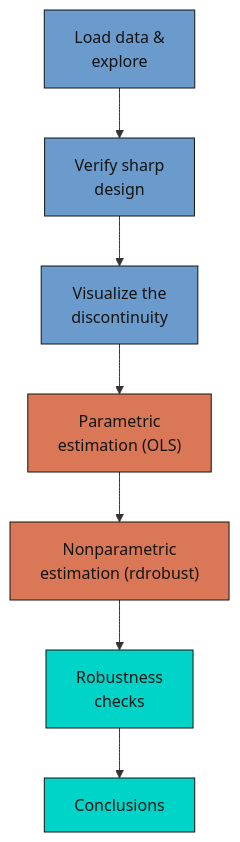
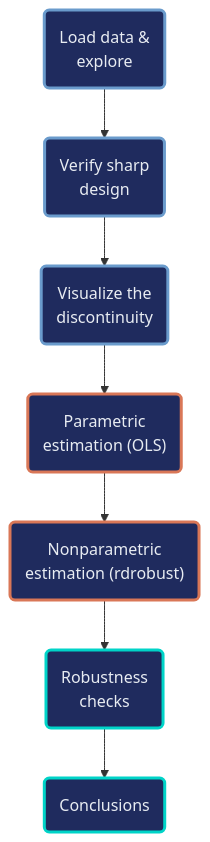
The second of 2 diagrams in content/post/stata_rd/index.md (cmg777/starter-academic-v501), drawn with Mermaid before and after one commit. The commit also changed other lines of this file and 10 other files, not shown here.

First line of the commit message:
content(mermaid): restyle flowcharts in Stata posts (batch 2 of 2) and the EM publication (EN/ES/JA); add log

````diff
--- a/content/post/stata_rd/index.md
+++ b/content/post/stata_rd/index.md
@@ -241,16 +243,15 @@
 ```mermaid
 graph TD
-    A["Load data &<br/>explore"] --> B["Verify sharp<br/>design"]
-    B --> C["Visualize the<br/>discontinuity"]
-    C --> D["Parametric<br/>estimation (OLS)"]
-    D --> E["Nonparametric<br/>estimation (rdrobust)"]
-    E --> F["Robustness<br/>checks"]
-    F --> G["Conclusions"]
-    style A fill:#6a9bcc,stroke:#141413,color:#141413
-    style B fill:#6a9bcc,stroke:#141413,color:#141413
-    style C fill:#6a9bcc,stroke:#141413,color:#141413
-    style D fill:#d97757,stroke:#141413,color:#141413
-    style E fill:#d97757,stroke:#141413,color:#141413
-    style F fill:#00d4c8,stroke:#141413,color:#141413
-    style G fill:#00d4c8,stroke:#141413,color:#141413
+    A("Load data &<br/>explore") --> B("Verify sharp<br/>design")
+    B --> C("Visualize the<br/>discontinuity")
+    C --> D("Parametric<br/>estimation (OLS)")
+    D --> E("Nonparametric<br/>estimation (rdrobust)")
+    E --> F("Robustness<br/>checks")
+    F --> G("Conclusions")
+    classDef blue fill:#1f2b5e,stroke:#6a9bcc,stroke-width:3px,color:#e8ecf2
+    classDef orange fill:#1f2b5e,stroke:#d97757,stroke-width:3px,color:#e8ecf2
+    classDef teal fill:#1f2b5e,stroke:#00d4c8,stroke-width:3px,color:#e8ecf2
+    class A,B,C blue
+    class D,E orange
+    class F,G teal
 ```
````
